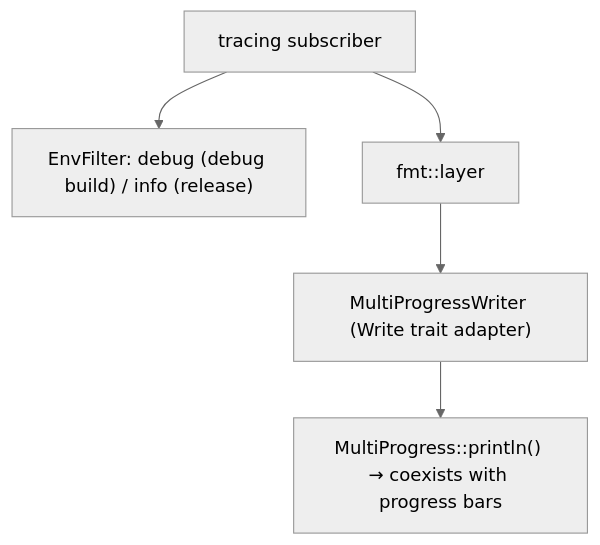
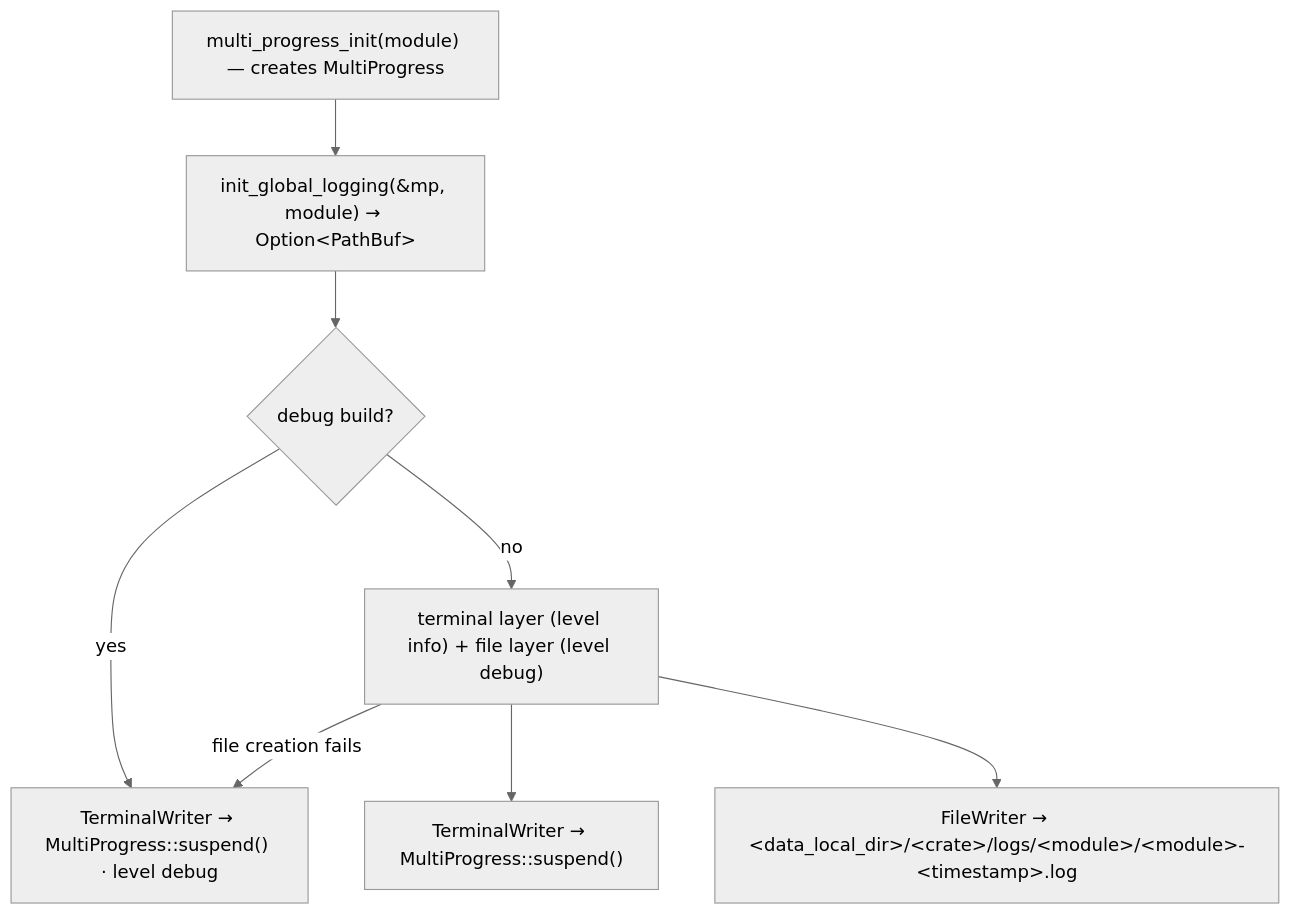
The ninth of 9 diagrams in ARCHITECTURE.md (WaterBall20/water_ball_tool), drawn with Mermaid (neutral theme) before and after one commit. The commit also changed other lines of this file and 27 other files, not shown here.

````diff
--- a/ARCHITECTURE.md
+++ b/ARCHITECTURE.md
@@ -807,8 +970,10 @@
 ```mermaid
 flowchart TD
-    SUB["tracing subscriber"]
-    SUB --> EF["EnvFilter: debug (debug build) / info (release)"]
-    SUB --> FMT["fmt::layer"]
-    FMT --> MPW["MultiProgressWriter (Write trait adapter)"]
-    MPW --> PR["MultiProgress::println() → coexists with progress bars"]
+    MP["multi_progress_init(module) — creates MultiProgress"] --> INIT["init_global_logging(&mp, module) → Option&lt;PathBuf&gt;"]
+    INIT --> DBG{"debug build?"}
+    DBG -->|yes| TERM["TerminalWriter → MultiProgress::suspend() · level debug"]
+    DBG -->|no| SPLIT["terminal layer (level info) + file layer (level debug)"]
+    SPLIT --> TW["TerminalWriter → MultiProgress::suspend()"]
+    SPLIT --> FW["FileWriter → &lt;data_local_dir&gt;/&lt;crate&gt;/logs/&lt;module&gt;/&lt;module&gt;-&lt;timestamp&gt;.log"]
+    SPLIT -->|file creation fails| TERM
 ```
````
